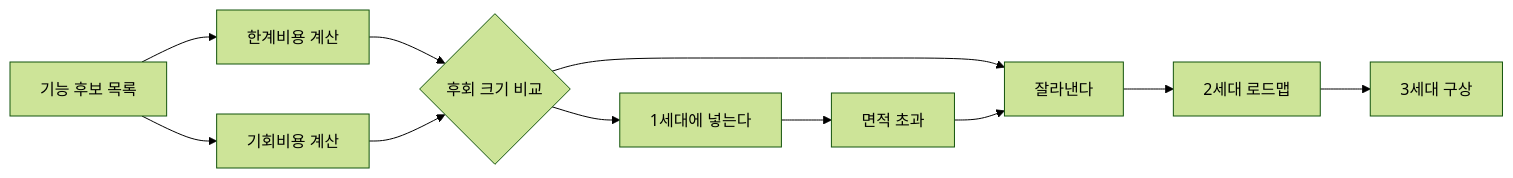
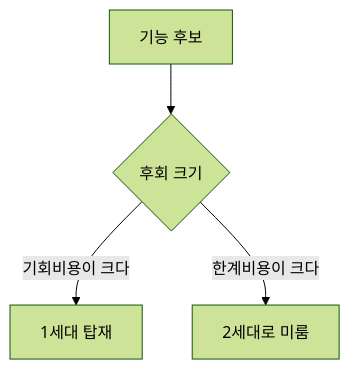
Before and after one commit to yohan4477/semi-report: the third of 7 diagrams in insights/frames/exp/2026-08-27-openai-jalapeno-strategy-opus.md, drawn with Mermaid (forest theme). The commit also changed other lines of this file and 1 other file, not shown here.

````diff
--- a/insights/frames/exp/2026-08-27-openai-jalapeno-strategy-opus.md
+++ b/insights/frames/exp/2026-08-27-openai-jalapeno-strategy-opus.md
@@ -118,13 +115,6 @@
 ```mermaid
-flowchart LR
-    A["기능 후보 목록"] --> B["한계비용 계산"]
-    A --> C["기회비용 계산"]
-    B --> D{"후회 크기 비교"}
-    C --> D
-    D --> E["1세대에 넣는다"]
-    D --> F["잘라낸다"]
-    E --> G["면적 초과"]
-    G --> F
-    F --> H["2세대 로드맵"]
-    H --> I["3세대 구상"]
+flowchart TD
+    F["기능 후보"] --> C{"후회 크기"}
+    C -->|기회비용이 크다| I["1세대 탑재"]
+    C -->|한계비용이 크다| O["2세대로 미룸"]
 ```
````
